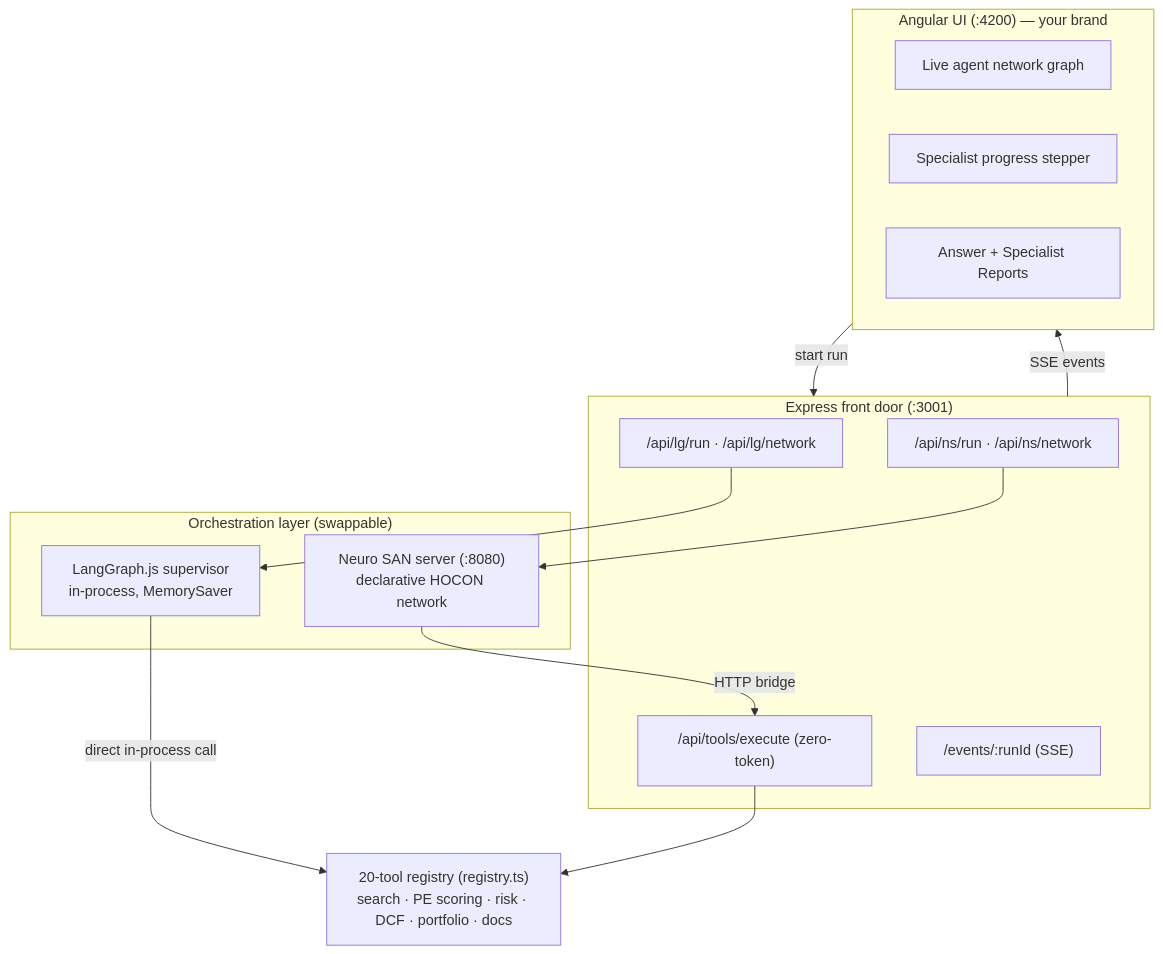
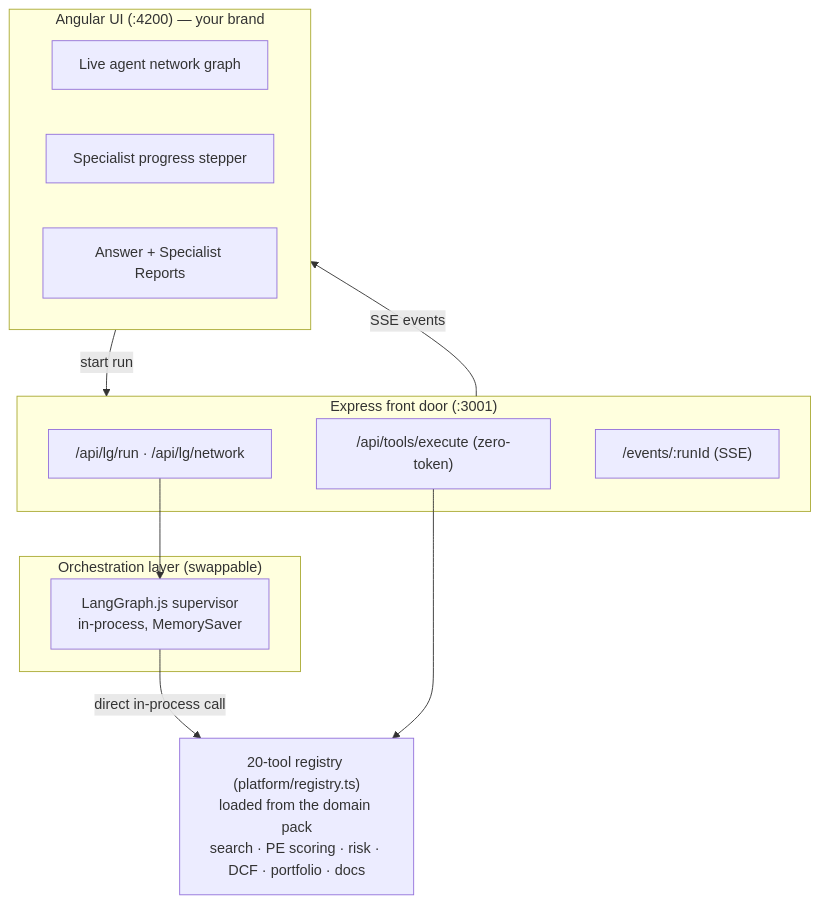
Before and after one commit to selvaonline/realestate-ai-agent: the diagram in docs/architecture.md, drawn with Mermaid. The commit also changed other lines of this file and 37 other files, not shown here.

First line of the commit message:
refactor: remove Neuro SAN orchestrator — LangGraph.js is the single engine

````diff
--- a/docs/architecture.md
+++ b/docs/architecture.md
@@ -9,30 +9,26 @@
 ```mermaid
 flowchart TB
     subgraph UI["Angular UI (:4200) — your brand"]
         G[Live agent network graph]
         S[Specialist progress stepper]
         A[Answer + Specialist Reports]
     end
 
     subgraph EX["Express front door (:3001)"]
-        NSR["/api/ns/run · /api/ns/network"]
         LGR["/api/lg/run · /api/lg/network"]
         TE["/api/tools/execute (zero-token)"]
         EV["/events/:runId (SSE)"]
     end
 
     subgraph ORCH["Orchestration layer (swappable)"]
-        NS["Neuro SAN server (:8080)<br/>declarative HOCON network"]
         LG["LangGraph.js supervisor<br/>in-process, MemorySaver"]
     end
 
-    REG["20-tool registry (registry.ts)<br/>search · PE scoring · risk · DCF · portfolio · docs"]
+    REG["20-tool registry (platform/registry.ts)<br/>loaded from the domain pack<br/>search · PE scoring · risk · DCF · portfolio · docs"]
 
     UI -->|start run| EX
     EX -->|SSE events| UI
-    NSR --> NS
     LGR --> LG
-    NS -->|HTTP bridge| TE
     LG -->|direct in-process call| REG
     TE --> REG
 ```
````
